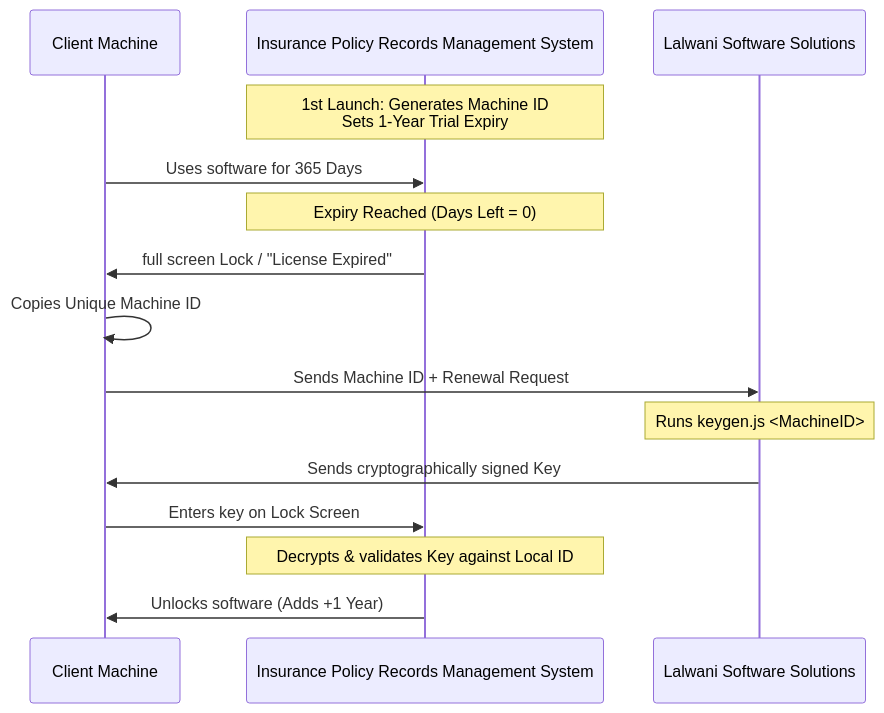
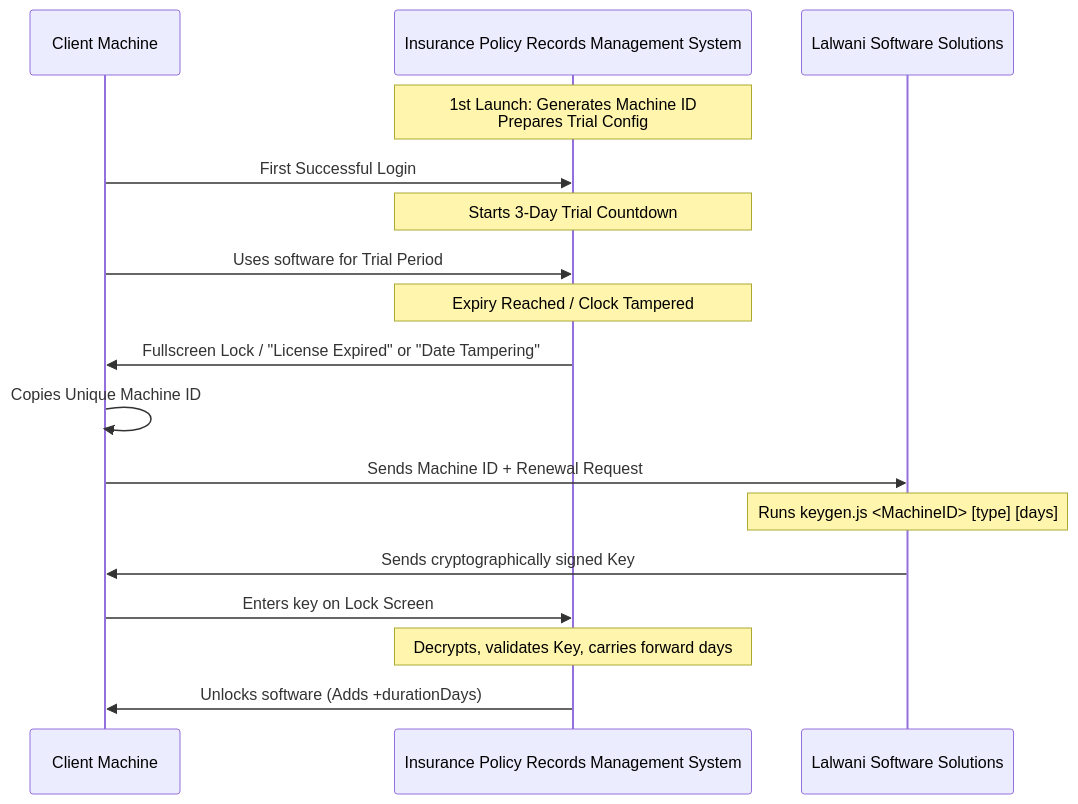
The diagram in Software_Features_and_License_Guide.md (subhashprem/Insurance_Management_System), drawn with Mermaid before and after one commit. The commit also changed other lines of this file and 25 other files, not shown here.

````diff
--- a/Software_Features_and_License_Guide.md
+++ b/Software_Features_and_License_Guide.md
@@ -77,18 +77,20 @@
 ```mermaid
 sequenceDiagram
     participant User as Client Machine
     participant App as Insurance Policy Records Management System
     participant Dev as Lalwani Software Solutions
     
-    Note over App: 1st Launch: Generates Machine ID<br/>Sets 1-Year Trial Expiry
-    User->>App: Uses software for 365 Days
-    Note over App: Expiry Reached (Days Left = 0)
-    App->>User: full screen Lock / "License Expired"
+    Note over App: 1st Launch: Generates Machine ID<br/>Prepares Trial Config
+    User->>App: First Successful Login
+    Note over App: Starts 3-Day Trial Countdown
+    User->>App: Uses software for Trial Period
+    Note over App: Expiry Reached / Clock Tampered
+    App->>User: Fullscreen Lock / "License Expired" or "Date Tampering"
     User->>User: Copies Unique Machine ID
     User->>Dev: Sends Machine ID + Renewal Request
-    Note over Dev: Runs keygen.js <MachineID>
+    Note over Dev: Runs keygen.js <MachineID> [type] [days]
     Dev->>User: Sends cryptographically signed Key
     User->>App: Enters key on Lock Screen
-    Note over App: Decrypts & validates Key against Local ID
-    App->>User: Unlocks software (Adds +1 Year)
+    Note over App: Decrypts, validates Key, carries forward days
+    App->>User: Unlocks software (Adds +durationDays)
 ```
````
